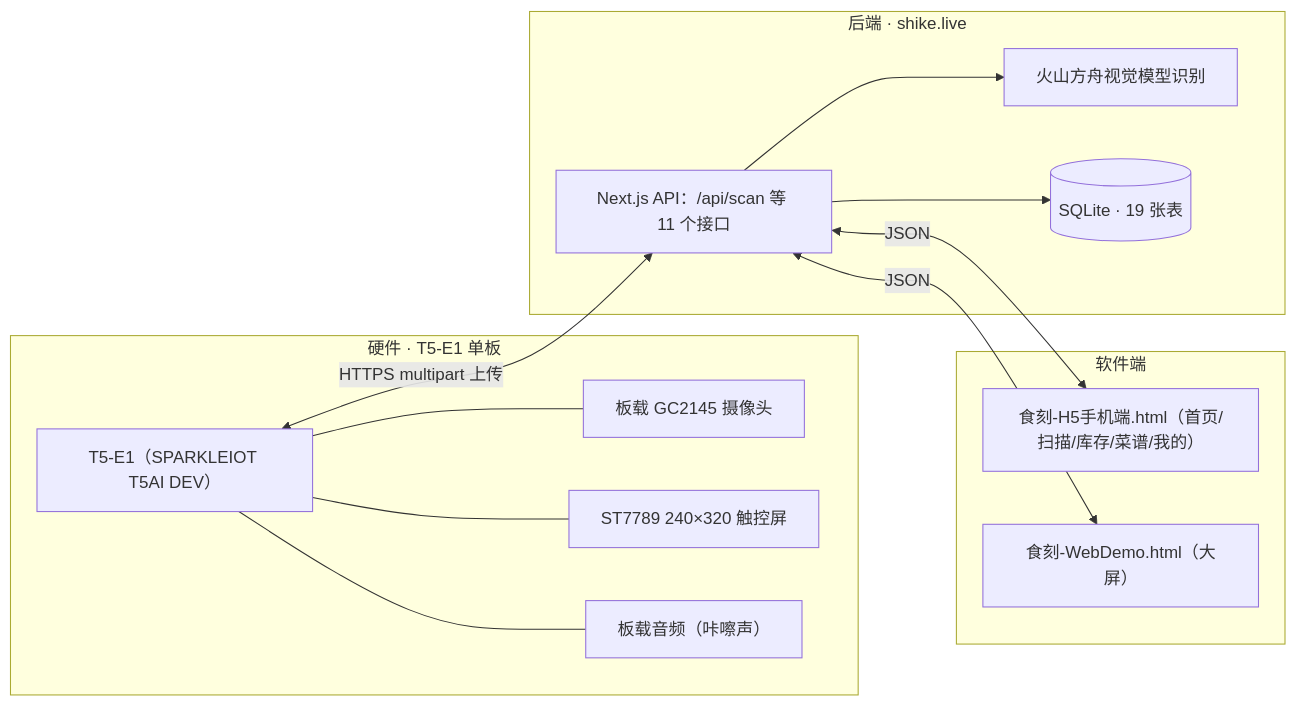
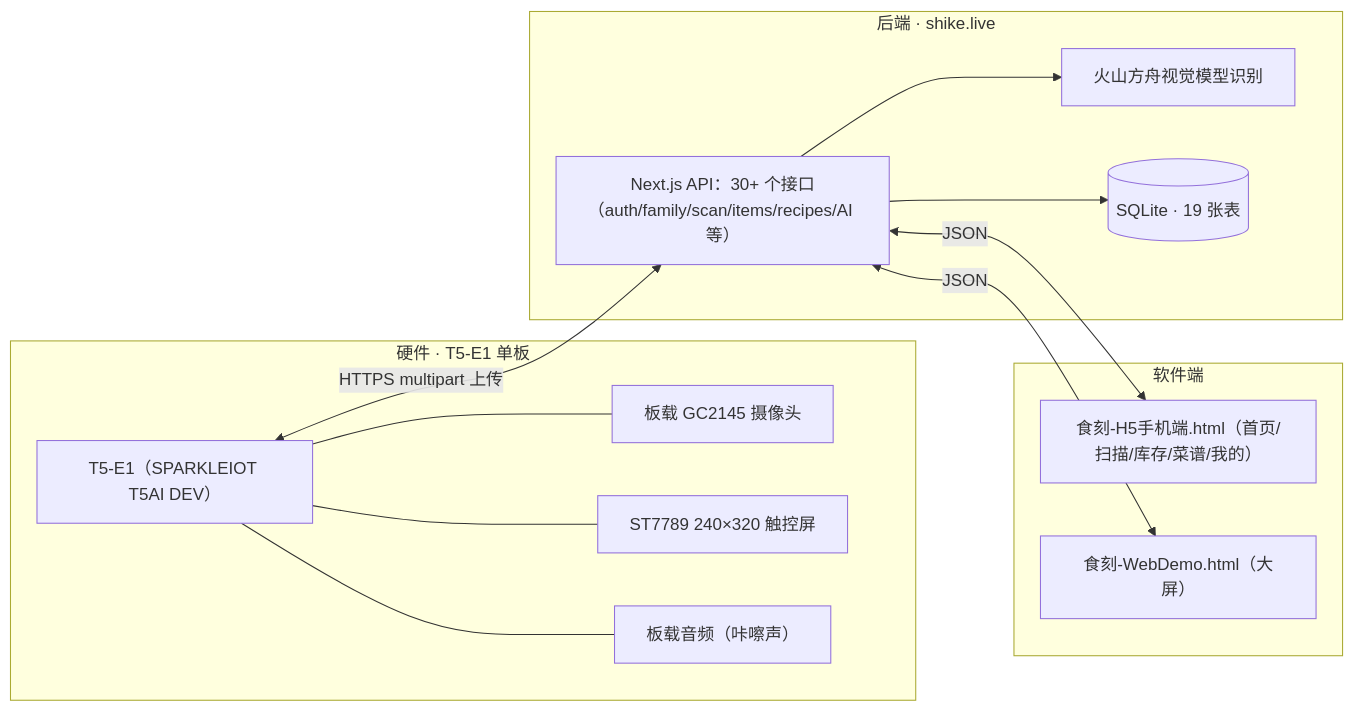
One commit to wenlinl/reporting-review-agent changed the diagram in docs/产品文档.md. Above: the diagram before and after it, drawn with Mermaid. The commit also changed other lines of this file and 6 other files, not shown here.

Commit message:
docs: full audit fixes - API counts/auth, tuvmkt offline, stale env vars (VOLC/TTS/APP_URL), admin pages removed, firmware timeout, demo join path, deploy guide

````diff
--- a/docs/产品文档.md
+++ b/docs/产品文档.md
@@ -39,24 +39,24 @@
 ```mermaid
 flowchart LR
     subgraph DEV["硬件 · T5-E1 单板"]
         T5E1["T5-E1（SPARKLEIOT T5AI DEV）"]
         CAM["板载 GC2145 摄像头"]
         LCD["ST7789 240×320 触控屏"]
         AUD["板载音频（咔嚓声）"]
         T5E1 --- CAM & LCD & AUD
     end
     subgraph CLOUD["后端 · shike.live"]
-        API["Next.js API：/api/scan 等 11 个接口"]
+        API["Next.js API：30+ 个接口（auth/family/scan/items/recipes/AI 等）"]
         AI["火山方舟视觉模型识别"]
         DB[("SQLite · 19 张表")]
         API --> AI
         API --> DB
     end
     subgraph SW["软件端"]
         H5["食刻-H5手机端.html（首页/扫描/库存/菜谱/我的）"]
         WEB["食刻-WebDemo.html（大屏）"]
     end
     T5E1 <-- "HTTPS multipart 上传" --> API
     API <-- "JSON" --> H5
     API <-- "JSON" --> WEB
 ```
````
